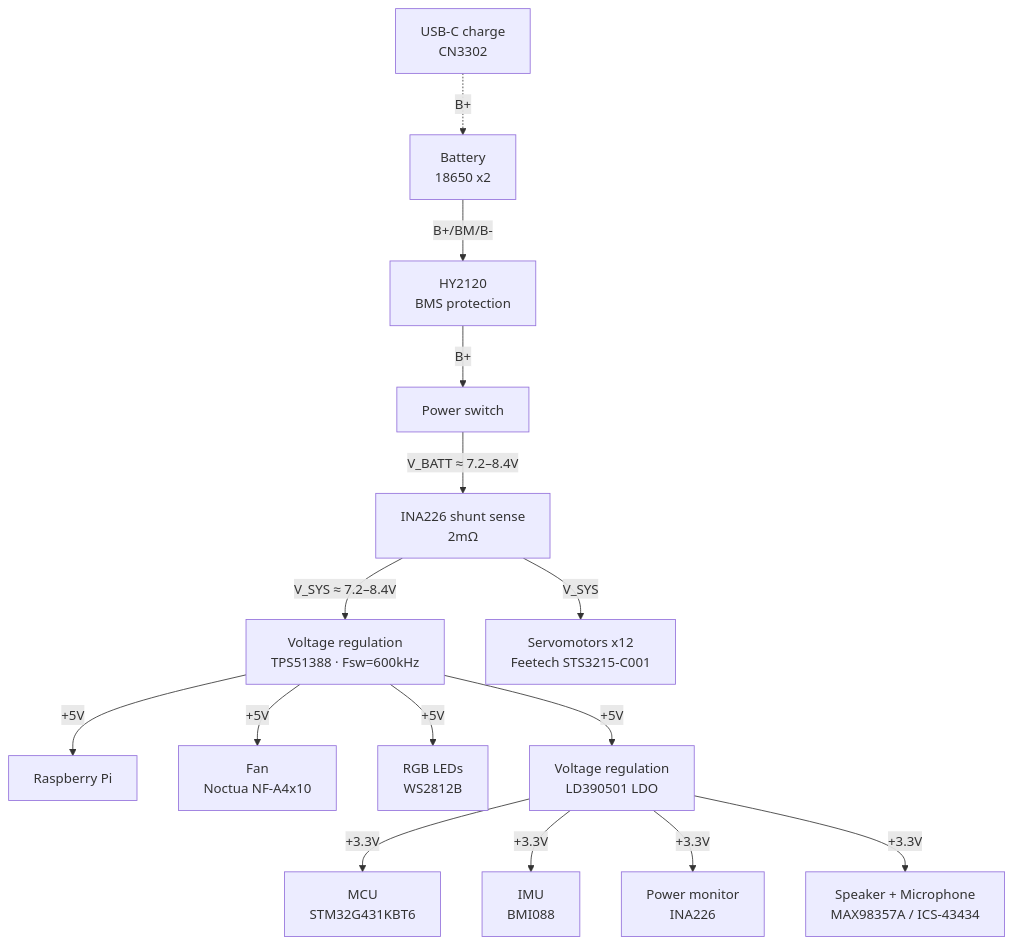
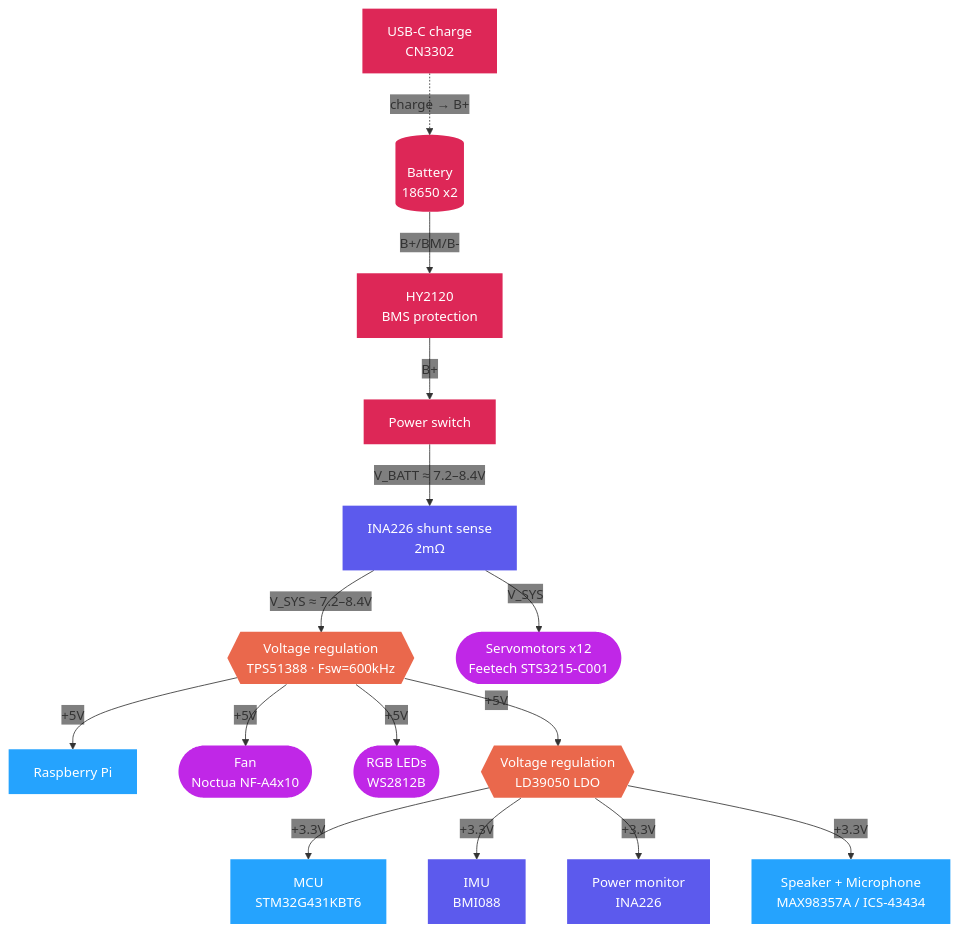
One commit to Mowibox/chromapi_motherboard changed the first of 2 diagrams in README.md. Above: the diagram before and after it, drawn with Mermaid. The commit also changed other lines of this file, not shown here.

````diff
--- a/README.md
+++ b/README.md
@@ -86,20 +86,33 @@
 ```mermaid
+%%{init: {'themeVariables': {'edgeLabelBackground':'transparent'}}}%%
 flowchart TD
-    CHG["USB-C charge<br/>CN3302"] -.->|"B+"| CELLS["Battery<br/>18650 x2"]
+    CHG["USB-C charge<br/>CN3302"] -.->|"charge → B+"| CELLS[("Battery<br/>18650 x2")]
     CELLS -->|"B+/BM/B-"| HY["HY2120<br/>BMS protection"]
     HY -->|"B+"| SW["Power switch"]
 
     SW -->|"V_BATT ≈ 7.2–8.4V"| SHUNT["INA226 shunt sense<br/>2mΩ"]
-    SHUNT -->|"V_SYS ≈ 7.2–8.4V"| REG5["Voltage regulation<br/>TPS51388 · Fsw=600kHz"]
-    SHUNT -->|"V_SYS"| SERVOS["Servomotors x12<br/>Feetech STS3215-C001"]
+    SHUNT -->|"V_SYS ≈ 7.2–8.4V"| REG5{{"Voltage regulation<br/>TPS51388 · Fsw=600kHz"}}
+    SHUNT -->|"V_SYS"| SERVOS(["Servomotors x12<br/>Feetech STS3215-C001"])
 
     REG5 -->|"+5V"| RPI["Raspberry Pi"]
-    REG5 -->|"+5V"| FANPWR["Fan<br/>Noctua NF-A4x10"]
-    REG5 -->|"+5V"| LEDPWR["RGB LEDs<br/>WS2812B"]
-    REG5 -->|"+5V"| REG33["Voltage regulation<br/>LD390501 LDO"]
+    REG5 -->|"+5V"| FANPWR(["Fan<br/>Noctua NF-A4x10"])
+    REG5 -->|"+5V"| LEDPWR(["RGB LEDs<br/>WS2812B"])
+    REG5 -->|"+5V"| REG33{{"Voltage regulation<br/>LD39050 LDO"}}
 
     REG33 -->|"+3.3V"| MCU["MCU<br/>STM32G431KBT6"]
     REG33 -->|"+3.3V"| IMU["IMU<br/>BMI088"]
     REG33 -->|"+3.3V"| INA["Power monitor<br/>INA226"]
     REG33 -->|"+3.3V"| AUDIO["Speaker + Microphone<br/>MAX98357A / ICS-43434"]
+
+    classDef power fill:#dd2757,color:#ffffff,stroke:none
+    classDef voltreg fill:#ea684c,color:#ffffff,stroke:none
+    classDef ic fill:#25a3fe,color:#ffffff,stroke:none
+    classDef actuator fill:#c027e7,color:#ffffff,stroke:none
+    classDef sensor fill:#5c5aed,color:#ffffff,stroke:none
+
+    class CHG,CELLS,HY,SW power
+    class REG5,REG33 voltreg
+    class MCU,RPI,AUDIO ic
+    class SERVOS,FANPWR,LEDPWR actuator
+    class SHUNT,IMU,INA sensor
 ```
````
